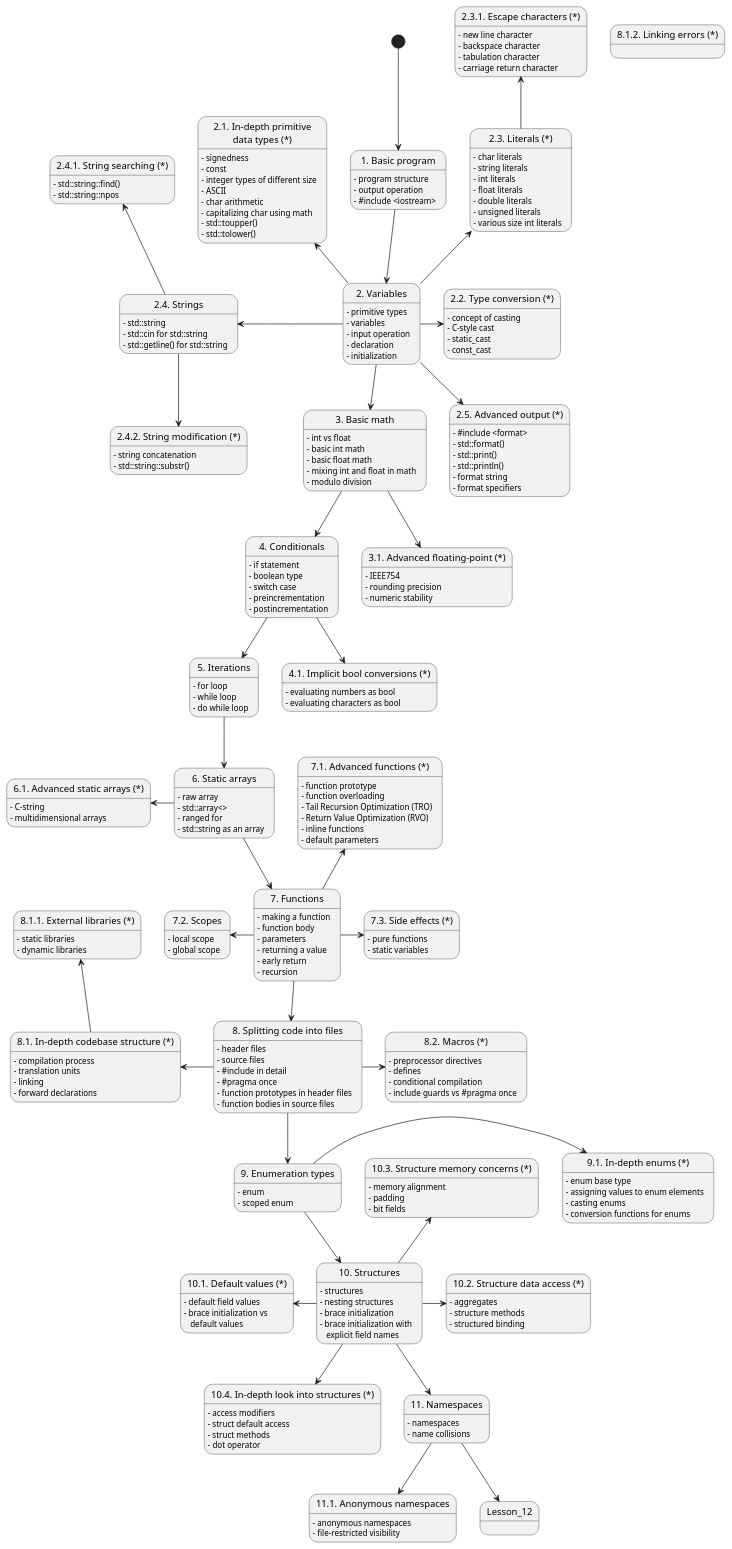
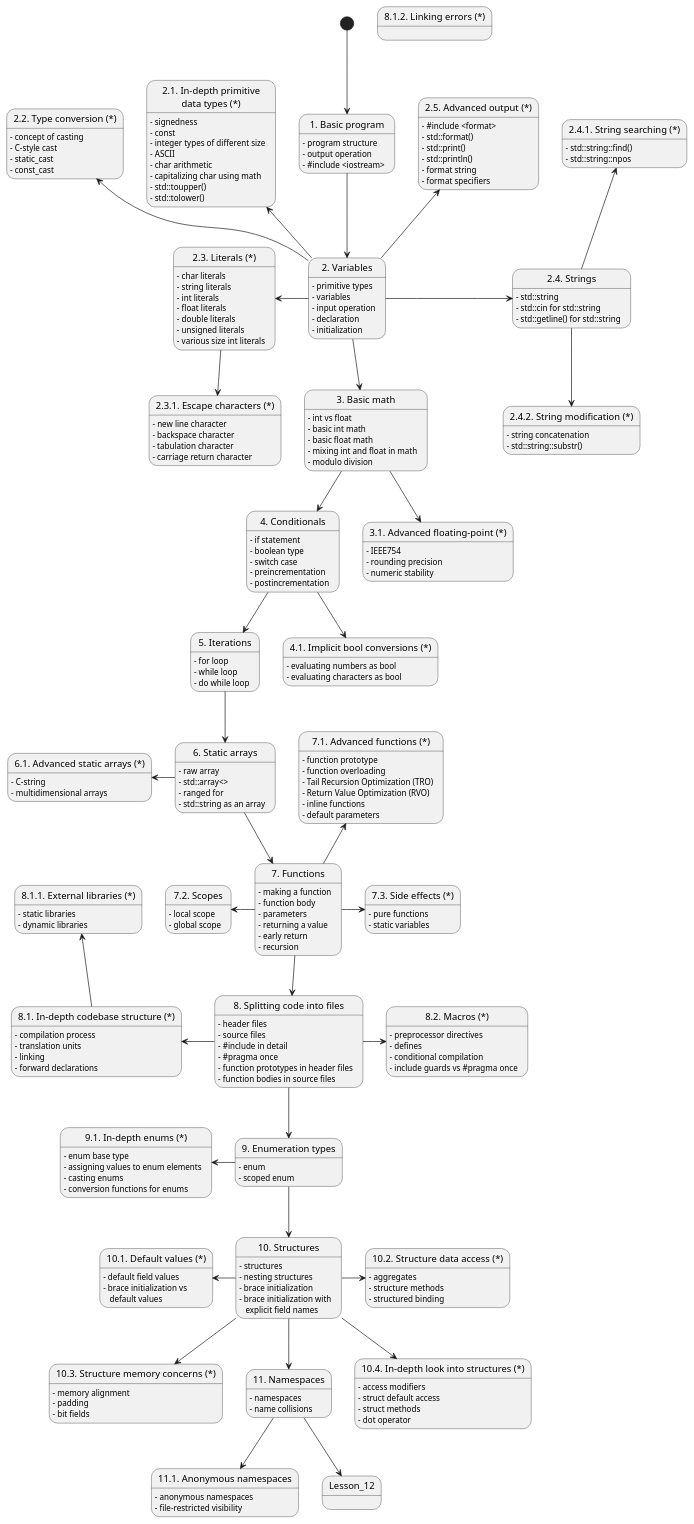
Before and after one commit to KacperWojciechowski/KacperWojciechowski.github.io: the diagram in markdown/Cpp/Roadmap.md, drawn with PlantUML.

Commit message:
Redesigned roadmap graph structure

```diff
--- a/markdown/Cpp/Roadmap.md
+++ b/markdown/Cpp/Roadmap.md
@@ -11,9 +11,9 @@
 state "2.4. Strings" as Lesson_2_4
 state "2.4.1. String searching (*)" as Lesson_2_4_1
 state "2.4.2. String modification (*)" as Lesson_2_4_2
+state "3. Basic math" as Lesson_3
 state "2.5. Advanced output (*)" as Lesson_2_5
 
-state "3. Basic math" as Lesson_3
 
 state "4. Conditionals" as Lesson_4
 state "3.1. Advanced floating-point (*)" as Lesson_3_1
@@ -42,9 +42,9 @@
 state "10.1. Default values (*)" as Lesson_10_1
 state "10.2. Structure data access (*)" as Lesson_10_2
 state "10.3. Structure memory concerns (*)" as Lesson_10_3
+state "11. Namespaces" as Lesson_11
 state "10.4. In-depth look into structures (*)" as Lesson_10_4
 
-state "11. Namespaces" as Lesson_11
 state "11.1. Anonymous namespaces" as Lesson_11_1
 
 [*] -down-> Lesson_1
@@ -52,11 +52,11 @@
 
 Lesson_2 -down-> Lesson_3
 Lesson_2 -up-> Lesson_2_1
-Lesson_2 -right-> Lesson_2_2
-Lesson_2 -up-> Lesson_2_3
-Lesson_2 -left-> Lesson_2_4
-Lesson_2 -down-> Lesson_2_5
-Lesson_2_3 -up-> Lesson_2_3_1
+Lesson_2 -up-> Lesson_2_2
+Lesson_2 -left-> Lesson_2_3
+Lesson_2 -right-> Lesson_2_4
+Lesson_2 -up-> Lesson_2_5
+Lesson_2_3 -down-> Lesson_2_3_1
 Lesson_2_4 -up-> Lesson_2_4_1
 Lesson_2_4 -down-> Lesson_2_4_2
 
@@ -82,12 +82,12 @@
 Lesson_8_1 -up-> Lesson_8_1_1
 
 Lesson_9 -down-> Lesson_10
-Lesson_9 -right-> Lesson_9_1
+Lesson_9 -left-> Lesson_9_1
 
 Lesson_10 -down-> Lesson_11
 Lesson_10 -left-> Lesson_10_1
 Lesson_10 -right-> Lesson_10_2
-Lesson_10 -up-> Lesson_10_3
+Lesson_10 -down-> Lesson_10_3
 Lesson_10 -down-> Lesson_10_4
 
 Lesson_11 -down-> Lesson_12
```
